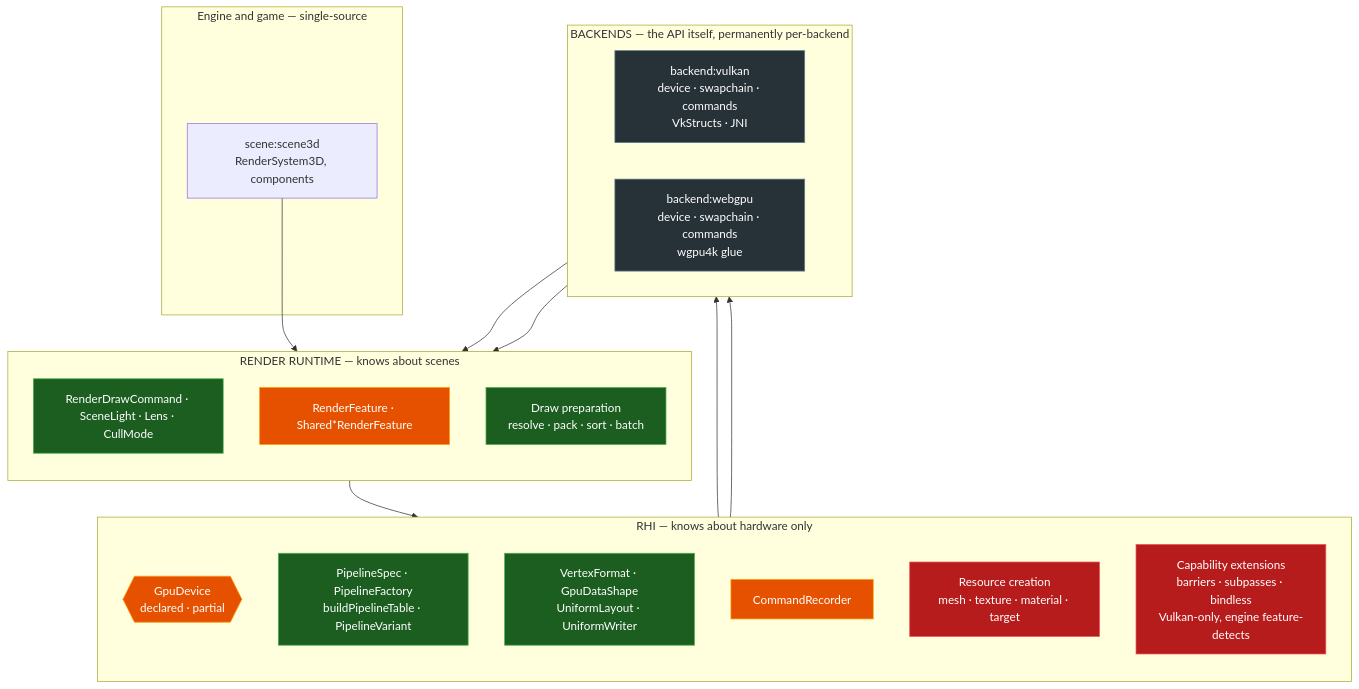
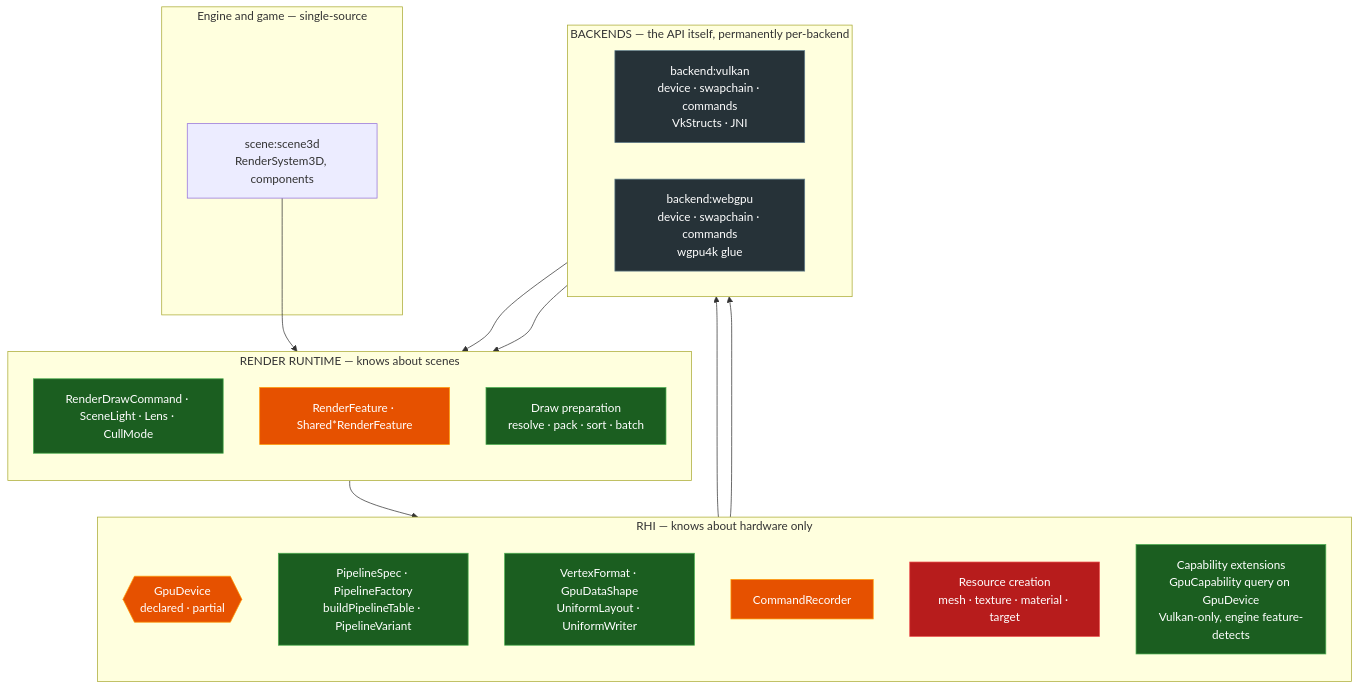
Before and after one commit to awakekt/awake: the diagram in docs/reference/render-hardware-interface.md, drawn with Mermaid. The commit also changed other lines of this file and 7 other files, not shown here.

Commit message:
docs: update README, mkdocs, changelog, and roadmap milestones

````diff
--- a/docs/reference/render-hardware-interface.md
+++ b/docs/reference/render-hardware-interface.md
@@ -133,42 +135,42 @@
 ```mermaid
 flowchart TB
     subgraph engine["Engine and game — single-source"]
         scene["scene:scene3d<br/>RenderSystem3D, components"]
     end
 
     subgraph runtime["RENDER RUNTIME — knows about scenes"]
         direction TB
         rt1["RenderDrawCommand · SceneLight · Lens · CullMode"]:::done
         rt2["RenderFeature · Shared*RenderFeature"]:::partial
         rt3["Draw preparation<br/>resolve · pack · sort · batch"]:::done
     end
 
     subgraph rhi["RHI — knows about hardware only"]
         direction TB
         facade{{"GpuDevice<br/>declared · partial"}}:::partial
         r1["PipelineSpec · PipelineFactory<br/>buildPipelineTable · PipelineVariant"]:::done
         r2["VertexFormat · GpuDataShape<br/>UniformLayout · UniformWriter"]:::done
         r3["CommandRecorder"]:::partial
         r4["Resource creation<br/>mesh · texture · material · target"]:::missing
-        r5["Capability extensions<br/>barriers · subpasses · bindless<br/>Vulkan-only, engine feature-detects"]:::missing
+        r5["Capability extensions<br/>GpuCapability query on GpuDevice<br/>Vulkan-only, engine feature-detects"]:::done
     end
 
     subgraph backends["BACKENDS — the API itself, permanently per-backend"]
         direction LR
         vk["backend:vulkan<br/>device · swapchain · commands<br/>VkStructs · JNI"]:::floor
         wg["backend:webgpu<br/>device · swapchain · commands<br/>wgpu4k glue"]:::floor
     end
 
     scene --> runtime
     runtime --> rhi
     rhi --> vk
     rhi --> wg
 
     vk --> runtime
     wg --> runtime
 
     classDef done fill:#1b5e20,stroke:#4caf50,color:#fff
     classDef partial fill:#e65100,stroke:#ff9800,color:#fff
     classDef missing fill:#b71c1c,stroke:#ef5350,color:#fff
     classDef floor fill:#263238,stroke:#607d8b,color:#fff
 ```
````
